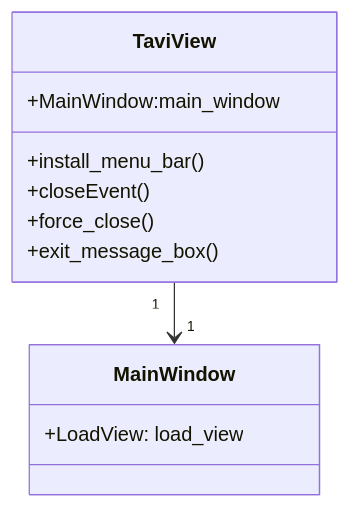
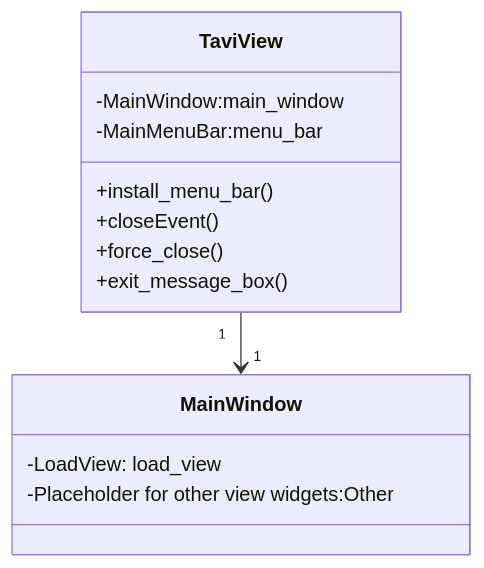
Before and after one commit to neutrons/TAVI: the second of 6 diagrams in docs/source/design/taviclasses.rst, drawn with Mermaid. The commit also changed other lines of this file, not shown here.

```diff
--- a/docs/source/design/taviclasses.rst
+++ b/docs/source/design/taviclasses.rst
@@ -47,17 +47,19 @@
 .. mermaid::
 
  classDiagram
     TaviView "1" -->"1" MainWindow
 
     class TaviView{
-        +MainWindow:main_window
+        -MainWindow:main_window
+        -MainMenuBar:menu_bar
         +install_menu_bar()
         +closeEvent()
         +force_close()
         +exit_message_box()
 
     }
 
     class MainWindow{
-        +LoadView: load_view
+        -LoadView: load_view
+        -Placeholder for other view widgets:Other
     }
```
